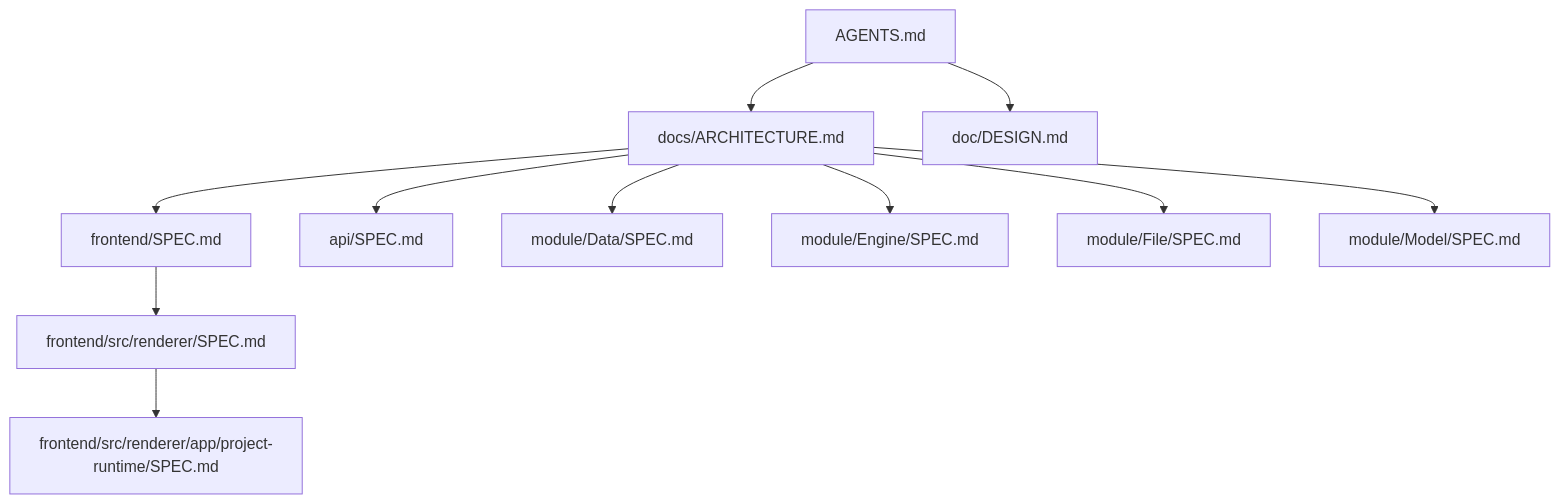
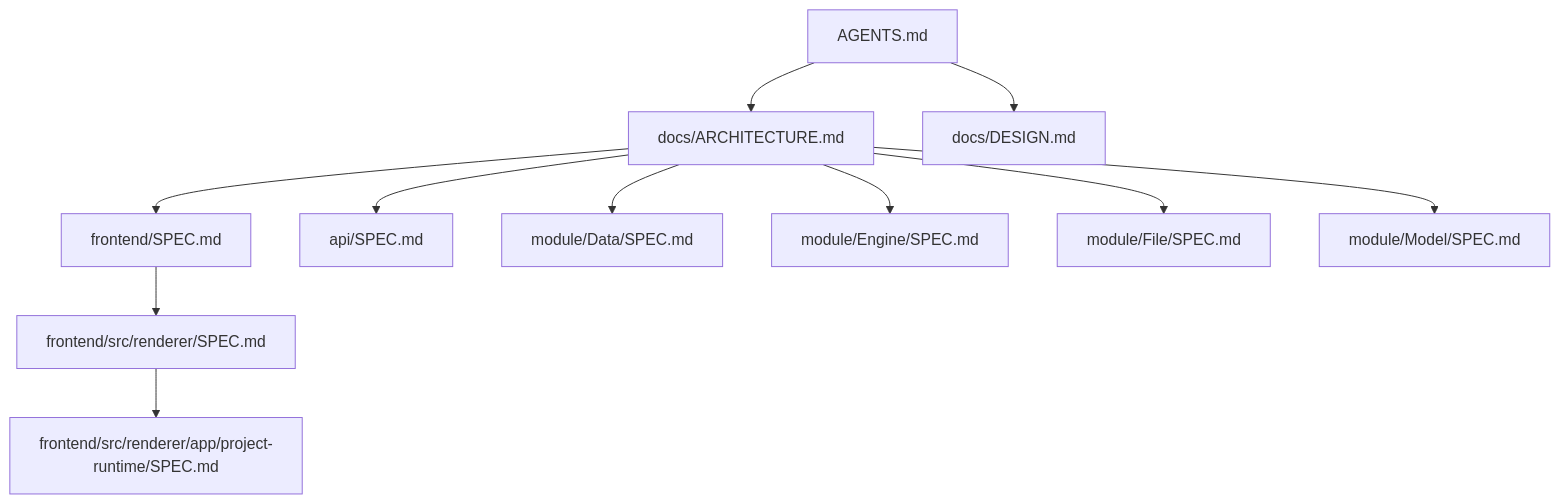
Before and after one commit to neavo/LinguaGacha: the second of 2 diagrams in docs/ARCHITECTURE.md, drawn with Mermaid. The commit also changed other lines of this file and 70 other files, not shown here.

````diff
--- a/docs/ARCHITECTURE.md
+++ b/docs/ARCHITECTURE.md
@@ -20,13 +20,13 @@
 ```mermaid
 flowchart TD
     A["AGENTS.md"] --> B["docs/ARCHITECTURE.md"]
-    A --> K["doc/DESIGN.md"]
+    A --> K["docs/DESIGN.md"]
     B --> C["frontend/SPEC.md"]
     C --> D["frontend/src/renderer/SPEC.md"]
     D --> E["frontend/src/renderer/app/project-runtime/SPEC.md"]
     B --> F["api/SPEC.md"]
     B --> G["module/Data/SPEC.md"]
     B --> H["module/Engine/SPEC.md"]
     B --> I["module/File/SPEC.md"]
     B --> J["module/Model/SPEC.md"]
 ```
````
